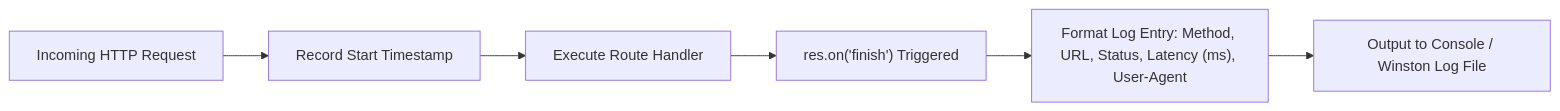
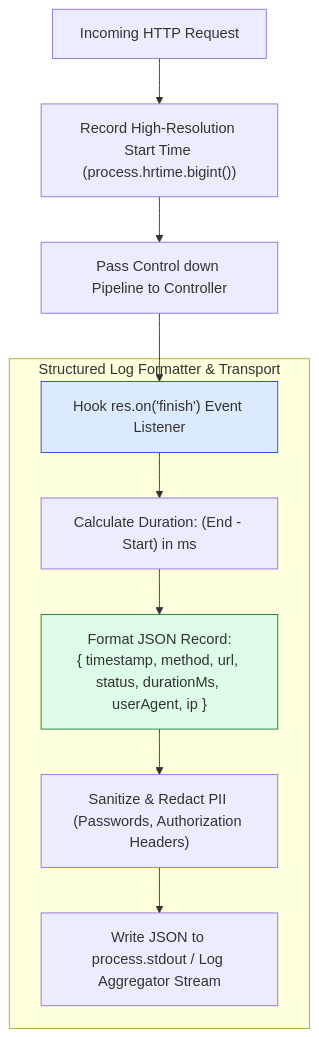
The first of 3 diagrams in express-notes/20-logging-middleware.md (Amie-dev/engineering-playbook), drawn with Mermaid before and after one commit. The commit also changed other lines of this file and 26 other files, not shown here.

````diff
--- a/express-notes/20-logging-middleware.md
+++ b/express-notes/20-logging-middleware.md
@@ -10,8 +13,17 @@
 ```mermaid
-flowchart LR
-    Req[Incoming HTTP Request] --> RecordStart[Record Start Timestamp]
-    RecordStart --> Route[Execute Route Handler]
-    Route --> Finish["res.on('finish') Triggered"]
-    Finish --> LogFormat["Format Log Entry: Method, URL, Status, Latency (ms), User-Agent"]
-    LogFormat --> Destination[Output to Console / Winston Log File]
+flowchart TD
+    ClientReq[Incoming HTTP Request] --> IngestTime["Record High-Resolution Start Time (process.hrtime.bigint())"]
+
+    IngestTime --> ExecRoute["Pass Control down Pipeline to Controller"]
+    ExecRoute --> FinishEvent["Hook res.on('finish') Event Listener"]
+
+    subgraph Structured Log Formatter & Transport
+        FinishEvent --> CalcDuration["Calculate Duration: (End - Start) in ms"]
+        CalcDuration --> FormatJSON["Format JSON Record:<br/>{ timestamp, method, url, status, durationMs, userAgent, ip }"]
+        FormatJSON --> PiiRedact["Sanitize & Redact PII (Passwords, Authorization Headers)"]
+        PiiRedact --> OutputStdout["Write JSON to process.stdout / Log Aggregator Stream"]
+    end
+
+    style FinishEvent fill:#dbeafe,stroke:#1d4ed8
+    style FormatJSON fill:#dcfce7,stroke:#15803d
 ```
````
